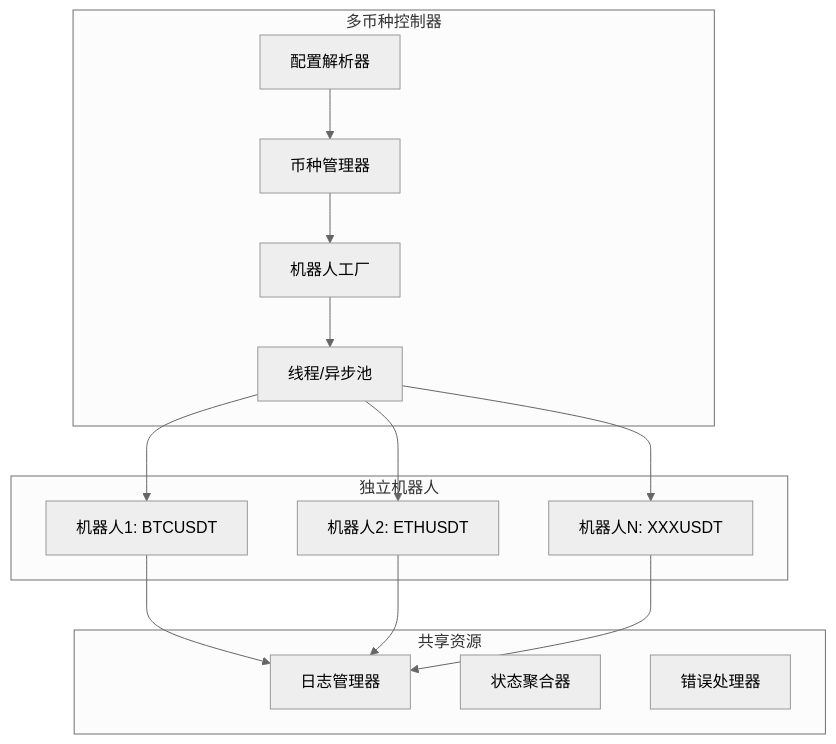
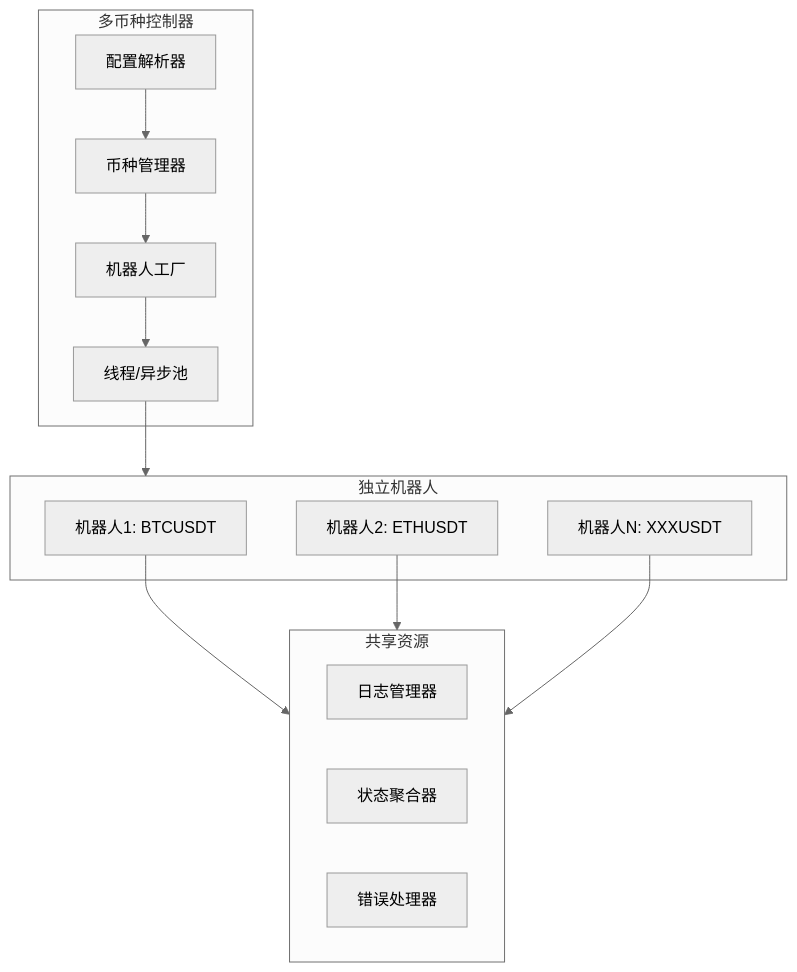
Before and after one commit to aoooeg/AS-Grid: the third of 4 diagrams in docs/README_ZN.md, drawn with Mermaid (neutral theme). The commit also changed other lines of this file, not shown here.

Commit message:
Sync Chinese documentation with English version: fix Mermaid connections

````diff
--- a/docs/README_ZN.md
+++ b/docs/README_ZN.md
@@ -129,25 +129,25 @@
 ```mermaid
 flowchart TB
     subgraph Controller["多币种控制器"]
         A2[配置解析器] --> B2[币种管理器]
         B2 --> C2[机器人工厂]
         C2 --> D2[线程/异步池]
     end
 
     subgraph Bots["独立机器人"]
         E2[机器人1: BTCUSDT]
         F2[机器人2: ETHUSDT]
         G2[机器人N: XXXUSDT]
     end
 
     subgraph Shared["共享资源"]
         H2[日志管理器]
         I2[状态聚合器]
         J2[错误处理器]
     end
 
-    D2 --> E2 & F2 & G2
-    E2 --> H2
-    F2 --> H2
-    G2 --> H2
+    D2 --> Bots
+    E2 --> Shared
+    F2 --> Shared
+    G2 --> Shared
 ```
````
